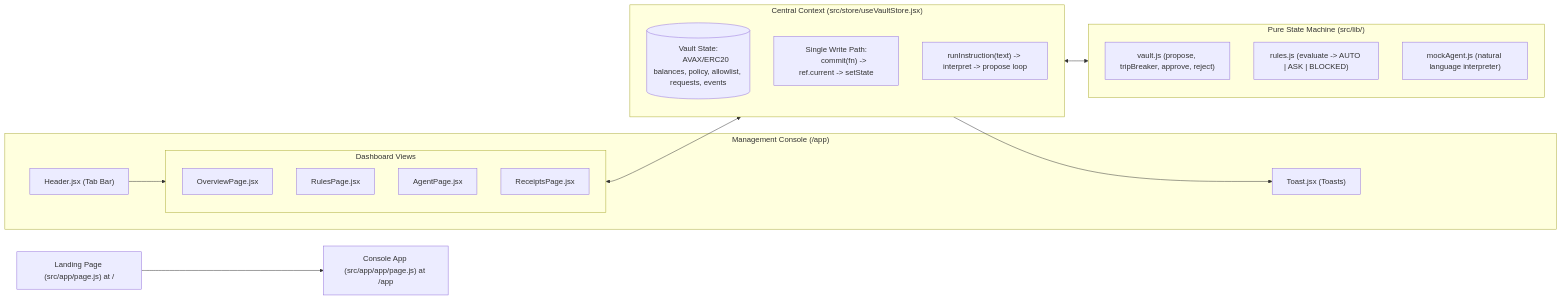
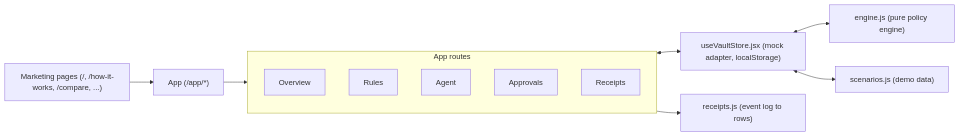
The second of 2 diagrams in memory-bank/systemPatterns.md (agehcx/utopia-hackathon), drawn with Mermaid before and after one commit. The commit also changed other lines of this file and 10 other files, not shown here.

First line of the commit message:
docs: update README, agent rules and memory bank for Bounded rebuild

````diff
--- a/memory-bank/systemPatterns.md
+++ b/memory-bank/systemPatterns.md
@@ -132,35 +132,12 @@
 ```mermaid
 flowchart LR
-    Landing["Landing Page (src/app/page.js) at /"] --> App["Console App (src/app/app/page.js) at /app"]
-
-    subgraph UI["Management Console (/app)"]
-        Header["Header.jsx (Tab Bar)"]
-        Toasts["Toast.jsx (Toasts)"]
-        
-        subgraph Views["Dashboard Views"]
-            Overview["OverviewPage.jsx"]
-            Rules["RulesPage.jsx"]
-            Agent["AgentPage.jsx"]
-            Receipts["ReceiptsPage.jsx"]
-        end
+    Marketing["Marketing pages (/, /how-it-works, /compare, ...)"] --> App["App (/app/*)"]
+    subgraph AppRoutes["App routes"]
+        Overview & Rules & Agent & Approvals & Receipts
     end
-
-    subgraph Store["Central Context (src/store/useVaultStore.jsx)"]
-        State[("Vault State:
-        AVAX/ERC20 balances, policy, allowlist, requests, events")]
-        Commit["Single Write Path:
-        commit(fn) -> ref.current -> setState"]
-        Runner["runInstruction(text) -> interpret -> propose loop"]
-    end
-
-    subgraph Lib["Pure State Machine (src/lib/)"]
-        VaultMachine["vault.js (propose, tripBreaker, approve, reject)"]
-        RuleEngine["rules.js (evaluate -> AUTO | ASK | BLOCKED)"]
-        MockAgent["mockAgent.js (natural language interpreter)"]
-    end
-
-    Header --> Views
-    Views <--> Store
-    Store <--> Lib
-    Store --> Toasts
+    App --> AppRoutes
+    AppRoutes <--> Store["useVaultStore.jsx (mock adapter, localStorage)"]
+    Store <--> Engine["engine.js (pure policy engine)"]
+    Store <--> Scenarios["scenarios.js (demo data)"]
+    AppRoutes --> ReceiptsLib["receipts.js (event log to rows)"]
 ```
````
